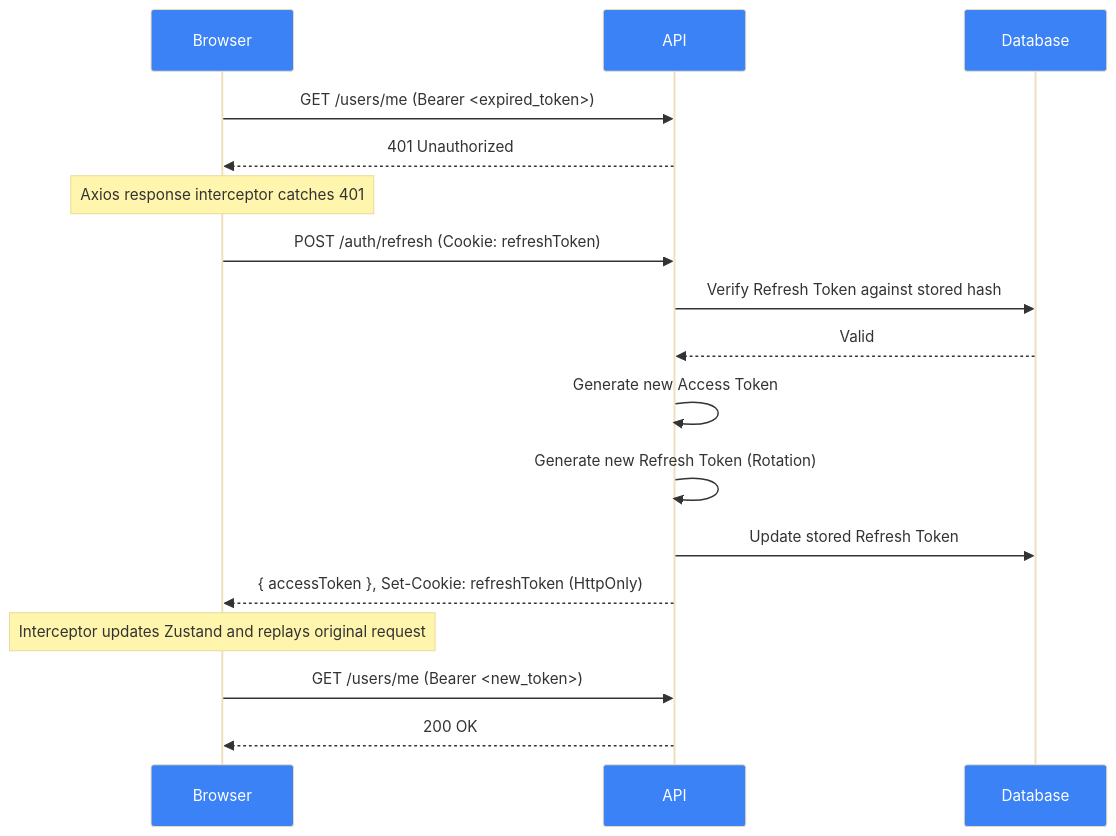
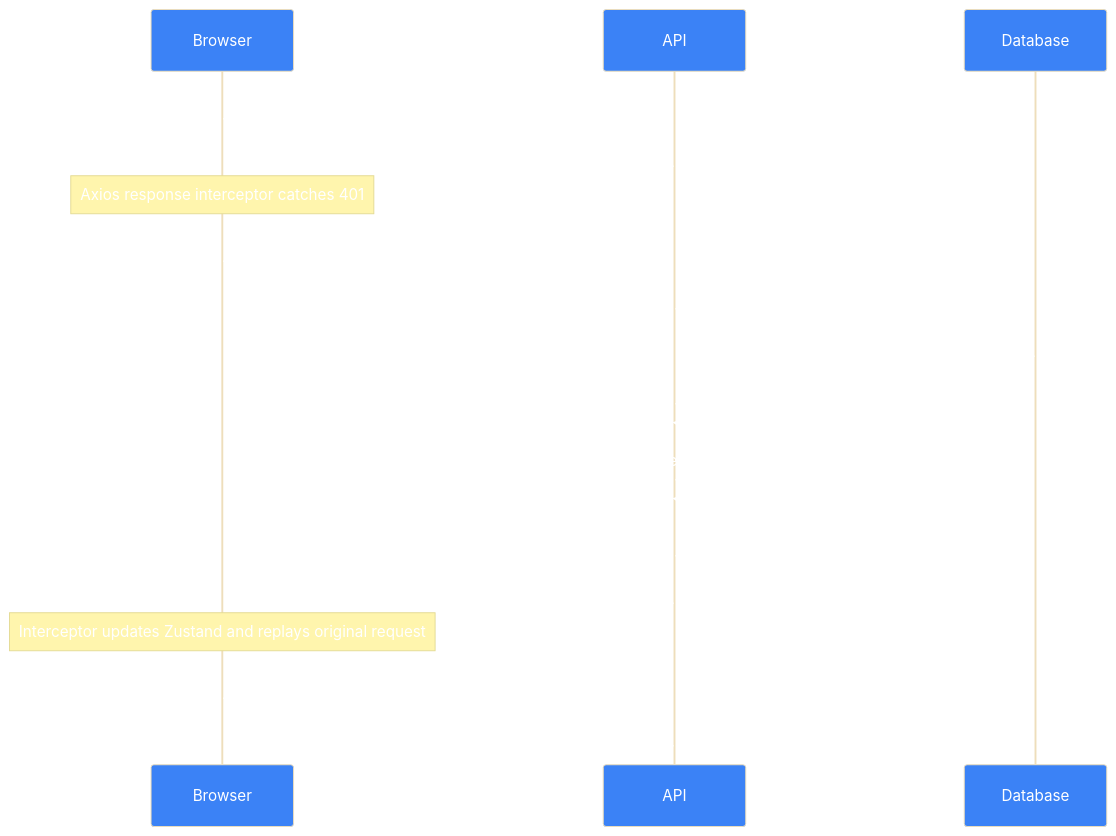
Before and after one commit to Nits0303/TaskTracker: the second of 6 diagrams in docs/architecture/sequence-diagrams.md, drawn with Mermaid. The commit also changed other lines of this file and 1 other file, not shown here.

Commit message:
docs: add architecture documentation with ER and sequence diagrams

````diff
--- a/docs/architecture/sequence-diagrams.md
+++ b/docs/architecture/sequence-diagrams.md
@@ -31,25 +30,25 @@
 ```mermaid
-%%{init: {'theme': 'base', 'themeVariables': {'actorBkg': '#3b82f6', 'actorTextColor': '#fff', 'activationBkgColor': '#8b5cf6'}}}%%
+%%{init: {'theme': 'base', 'themeVariables': {'actorBkg': '#3b82f6', 'actorTextColor': '#fff', 'activationBkgColor': '#8b5cf6', 'textColor': '#fff', 'signalTextColor': '#fff', 'noteTextColor': '#fff', 'messageTextColor': '#fff'}}}%%
 sequenceDiagram
     participant Browser
     participant API
     participant DB as Database
 
     Browser->>API: GET /users/me (Bearer <expired_token>)
     API-->>Browser: 401 Unauthorized
 
     Note over Browser: Axios response interceptor catches 401
 
     Browser->>API: POST /auth/refresh (Cookie: refreshToken)
     API->>DB: Verify Refresh Token against stored hash
     DB-->>API: Valid
     API->>API: Generate new Access Token
     API->>API: Generate new Refresh Token (Rotation)
     API->>DB: Update stored Refresh Token
     API-->>Browser: { accessToken }, Set-Cookie: refreshToken (HttpOnly)
 
     Note over Browser: Interceptor updates Zustand and replays original request
 
     Browser->>API: GET /users/me (Bearer <new_token>)
     API-->>Browser: 200 OK
 ```
````
